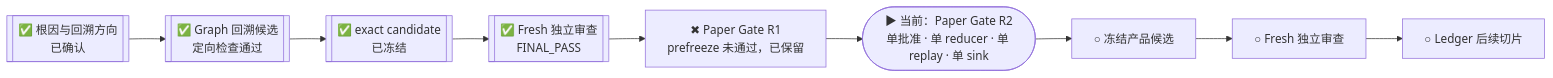
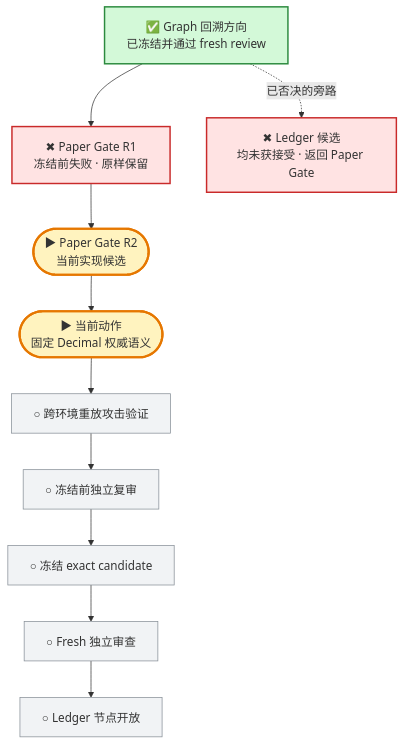
The first of 2 diagrams in MyBrain/automation/reports/investment-discipline-system/CURRENT_PROGRESS.md (j-a-v-e-n/knowledge-vault), drawn with Mermaid before and after one commit. The commit also changed other lines of this file, not shown here.

````diff
--- a/MyBrain/automation/reports/investment-discipline-system/CURRENT_PROGRESS.md
+++ b/MyBrain/automation/reports/investment-discipline-system/CURRENT_PROGRESS.md
@@ -8,11 +7,22 @@
 ```mermaid
-flowchart LR
-    A[["✅ 根因与回溯方向<br/>已确认"]] --> B[["✅ Graph 回溯候选<br/>定向检查通过"]]
-    B --> C[["✅ exact candidate<br/>已冻结"]]
-    C --> D[["✅ Fresh 独立审查<br/>FINAL_PASS"]]
-    D --> E["✖ Paper Gate R1<br/>prefreeze 未通过，已保留"]
-    E --> F(["▶ 当前：Paper Gate R2<br/>单批准 · 单 reducer · 单 replay · 单 sink"])
-    F --> G["○ 冻结产品候选"]
-    G --> H["○ Fresh 独立审查"]
-    H --> I["○ Ledger 后续切片"]
+flowchart TB
+    G["✅ Graph 回溯方向<br/>已冻结并通过 fresh review"] --> R1["✖ Paper Gate R1<br/>冻结前失败 · 原样保留"]
+    R1 --> R2(["▶ Paper Gate R2<br/>当前实现候选"])
+    R2 --> D(["▶ 当前动作<br/>固定 Decimal 权威语义"])
+    D --> T["○ 跨环境重放攻击验证"]
+    T --> P["○ 冻结前独立复审"]
+    P --> F["○ 冻结 exact candidate"]
+    F --> V["○ Fresh 独立审查"]
+    V --> L["○ Ledger 节点开放"]
+
+    G -. "已否决的旁路" .-> X["✖ Ledger 候选<br/>均未获接受 · 返回 Paper Gate"]
+
+    classDef done fill:#d3f9d8,stroke:#2b8a3e,stroke-width:2px;
+    classDef current fill:#fff3bf,stroke:#e67700,stroke-width:3px;
+    classDef failed fill:#ffe3e3,stroke:#c92a2a,stroke-width:2px;
+    classDef pending fill:#f1f3f5,stroke:#868e96;
+    class G done;
+    class R2,D current;
+    class R1,X failed;
+    class T,P,F,V,L pending;
 ```
````
